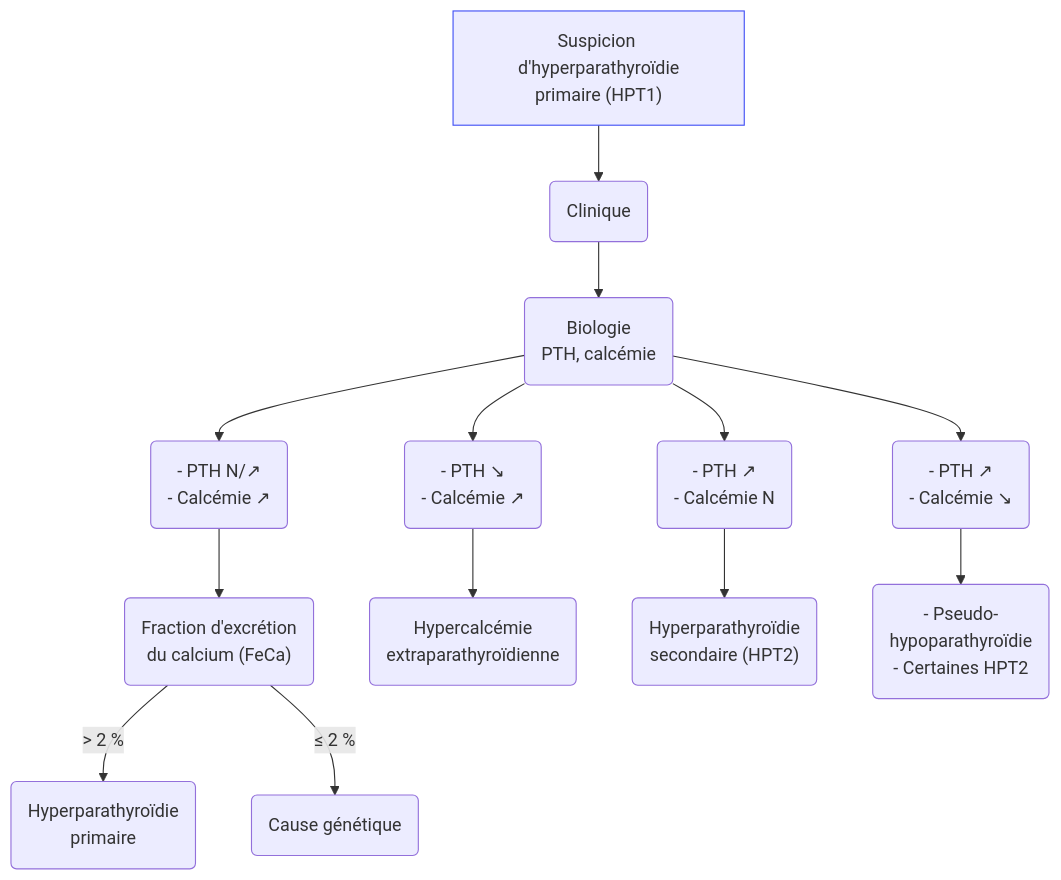
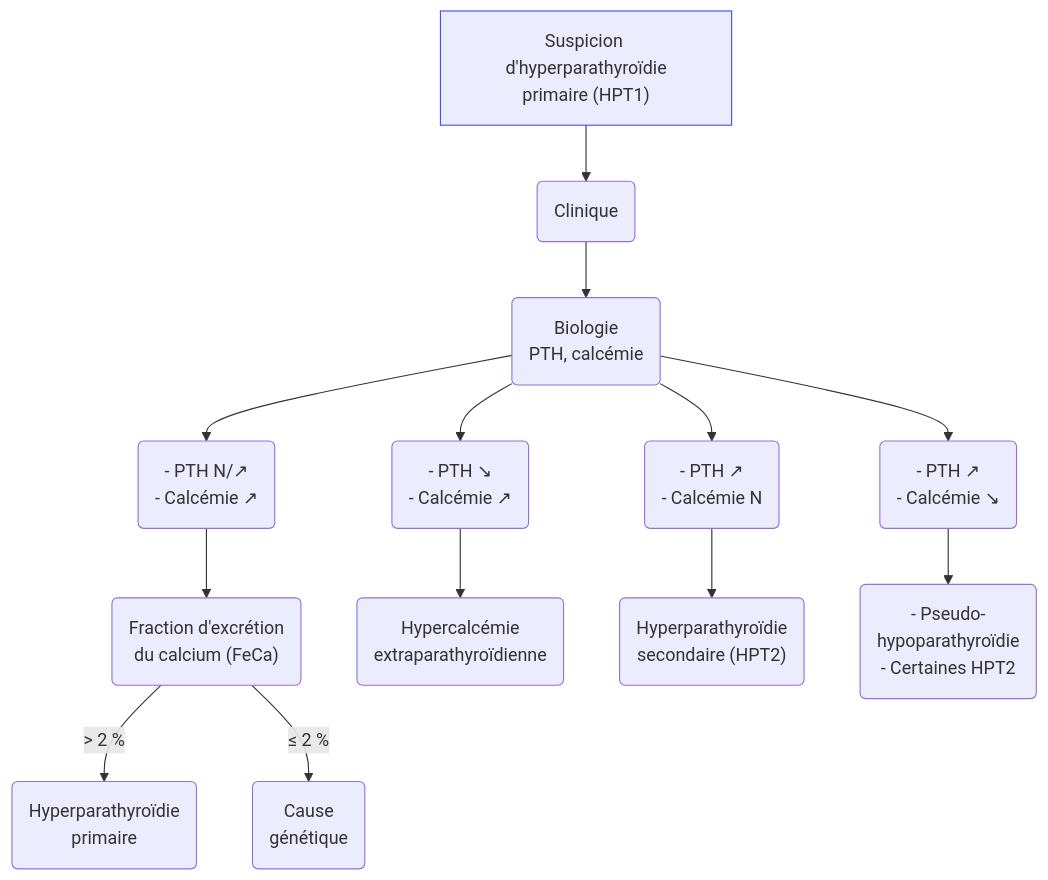
One commit to djibe/recommandations-medicales changed the diagram in content/recommandations/hyperparathyroidie-primaire.md. Above: the diagram before and after it, drawn with Mermaid. The commit also changed other lines of this file and 10 other files, not shown here.

```diff
--- a/content/recommandations/hyperparathyroidie-primaire.md
+++ b/content/recommandations/hyperparathyroidie-primaire.md
@@ -329,10 +334,10 @@
 {{< mermaid title="Prise en charge de l'hyperparathyroïdie primaire (HPT1). Dr JB Fron d'après SFE/AFCE 2024" >}}
 graph TB
   suspicion["Suspicion d'hyperparathyroïdie<br>primaire (HPT1)"] --> clinique(Clinique) --> biologie("Biologie<br>PTH, calcémie")
     biologie --> 1("- PTH N/↗<br>- Calcémie ↗") --> FeCa("Fraction d'excrétion<br>du calcium (FeCa)") -- "&gt; 2 %" --> HPT1("Hyperparathyroïdie<br>primaire")
-      FeCa -- "≤ 2 %" --> génétique(Cause génétique)
+      FeCa -- "≤ 2 %" --> génétique(Cause<br>génétique)
     biologie --> 2("- PTH ↘<br>- Calcémie ↗") --> étio2("Hypercalcémie<br>extraparathyroïdienne")
     biologie --> 3("- PTH ↗<br>- Calcémie N") --> étio3("Hyperparathyroïdie<br>secondaire (HPT2)")
     biologie --> 4("- PTH ↗<br>- Calcémie ↘") --> étio4("- Pseudo-<br>hypoparathyroïdie<br>- Certaines HPT2")
   style suspicion stroke:#4150f5, stroke-width:1px
 {{< /mermaid >}}
```
